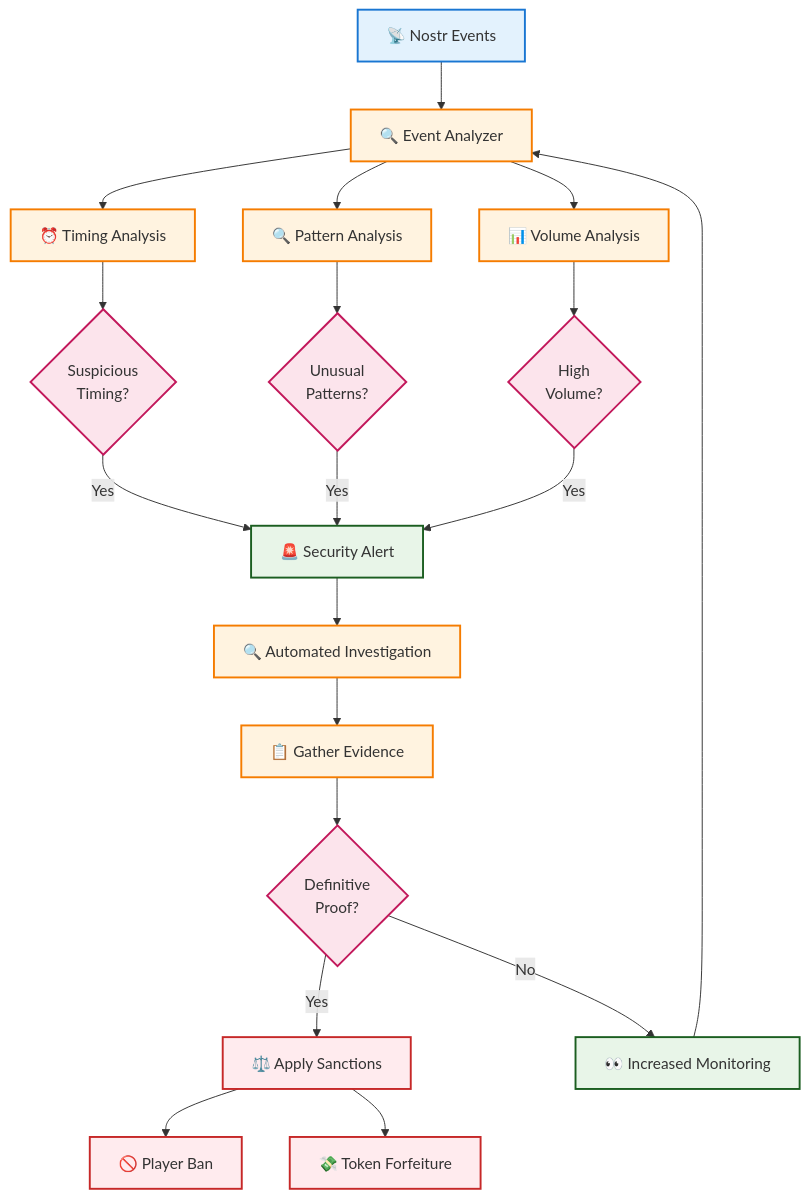
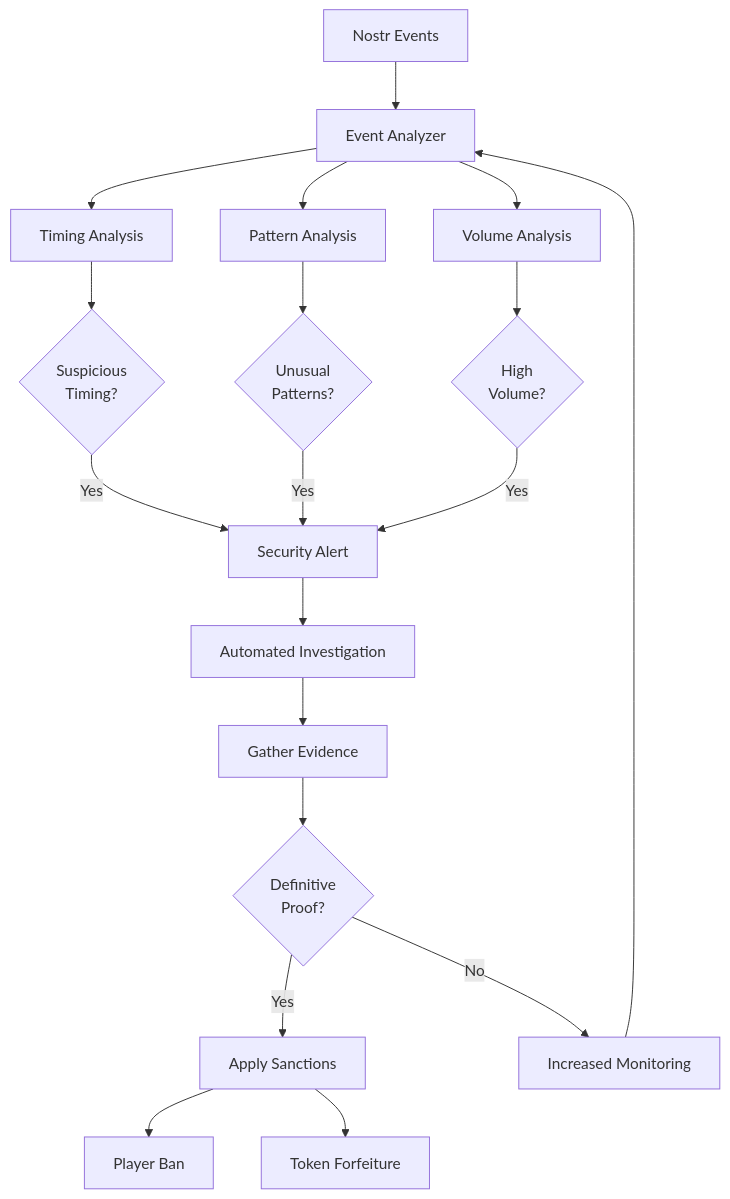
The sixth of 7 diagrams in docs/diagrams/ANTI_CHEAT_VALIDATION.md (EthnTuttle/manastr), drawn with Mermaid before and after one commit. The commit also changed other lines of this file and 25 other files, not shown here.

````diff
--- a/docs/diagrams/ANTI_CHEAT_VALIDATION.md
+++ b/docs/diagrams/ANTI_CHEAT_VALIDATION.md
@@ -240,41 +213,28 @@
 ```mermaid
 graph TD
-    Events[📡 Nostr Events] --> Analyzer[🔍 Event Analyzer]
+    Events["Nostr Events"] --> Analyzer["Event Analyzer"]
     
-    Analyzer --> TimeCheck[⏰ Timing Analysis]
-    Analyzer --> PatternCheck[🔍 Pattern Analysis] 
-    Analyzer --> VolumeCheck[📊 Volume Analysis]
+    Analyzer --> TimeCheck["Timing Analysis"]
+    Analyzer --> PatternCheck["Pattern Analysis"] 
+    Analyzer --> VolumeCheck["Volume Analysis"]
     
-    TimeCheck --> TimeAnomaly{Suspicious<br/>Timing?}
-    PatternCheck --> PatternAnomaly{Unusual<br/>Patterns?}
-    VolumeCheck --> VolumeAnomaly{High<br/>Volume?}
+    TimeCheck --> TimeAnomaly{"Suspicious<br/>Timing?"}
+    PatternCheck --> PatternAnomaly{"Unusual<br/>Patterns?"}
+    VolumeCheck --> VolumeAnomaly{"High<br/>Volume?"}
     
-    TimeAnomaly -->|Yes| Alert[🚨 Security Alert]
+    TimeAnomaly -->|Yes| Alert["Security Alert"]
     PatternAnomaly -->|Yes| Alert
     VolumeAnomaly -->|Yes| Alert
     
-    Alert --> Investigation[🔍 Automated Investigation]
-    Investigation --> Evidence[📋 Gather Evidence]
-    Evidence --> Decision{Definitive<br/>Proof?}
+    Alert --> Investigation["Automated Investigation"]
+    Investigation --> Evidence["Gather Evidence"]
+    Evidence --> Decision{"Definitive<br/>Proof?"}
     
-    Decision -->|Yes| Sanctions[⚖️ Apply Sanctions]
-    Decision -->|No| Monitor[👀 Increased Monitoring]
+    Decision -->|Yes| Sanctions["Apply Sanctions"]
+    Decision -->|No| Monitor["Increased Monitoring"]
     
-    Sanctions --> Ban[🚫 Player Ban]
-    Sanctions --> Forfeit[💸 Token Forfeiture]
+    Sanctions --> Ban["Player Ban"]
+    Sanctions --> Forfeit["Token Forfeiture"]
     
     Monitor --> Analyzer
-    
-    %% Styling
-    classDef input fill:#e3f2fd,stroke:#1976d2,stroke-width:2px
-    classDef analysis fill:#fff3e0,stroke:#f57c00,stroke-width:2px
-    classDef decision fill:#fce4ec,stroke:#c2185b,stroke-width:2px
-    classDef action fill:#e8f5e8,stroke:#1b5e20,stroke-width:2px
-    classDef punishment fill:#ffebee,stroke:#c62828,stroke-width:2px
-    
-    class Events input
-    class Analyzer,TimeCheck,PatternCheck,VolumeCheck,Investigation,Evidence analysis
-    class TimeAnomaly,PatternAnomaly,VolumeAnomaly,Decision decision
-    class Alert,Monitor action
-    class Sanctions,Ban,Forfeit punishment
 ```
````
